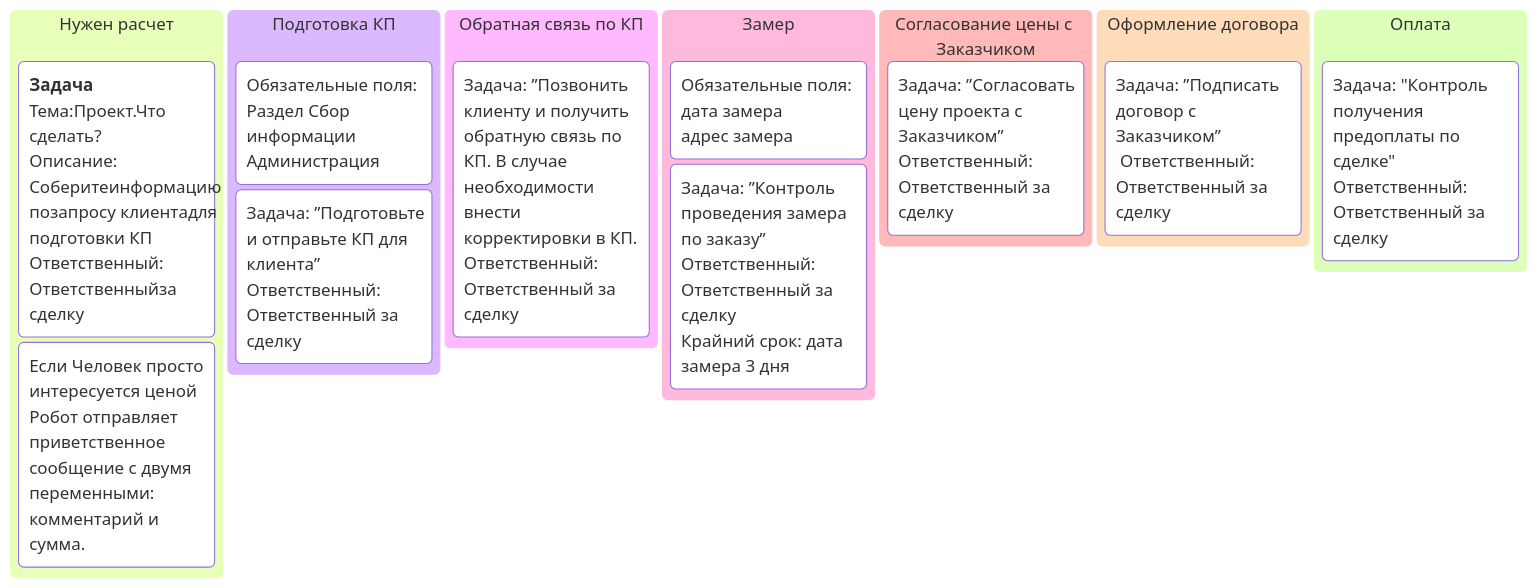
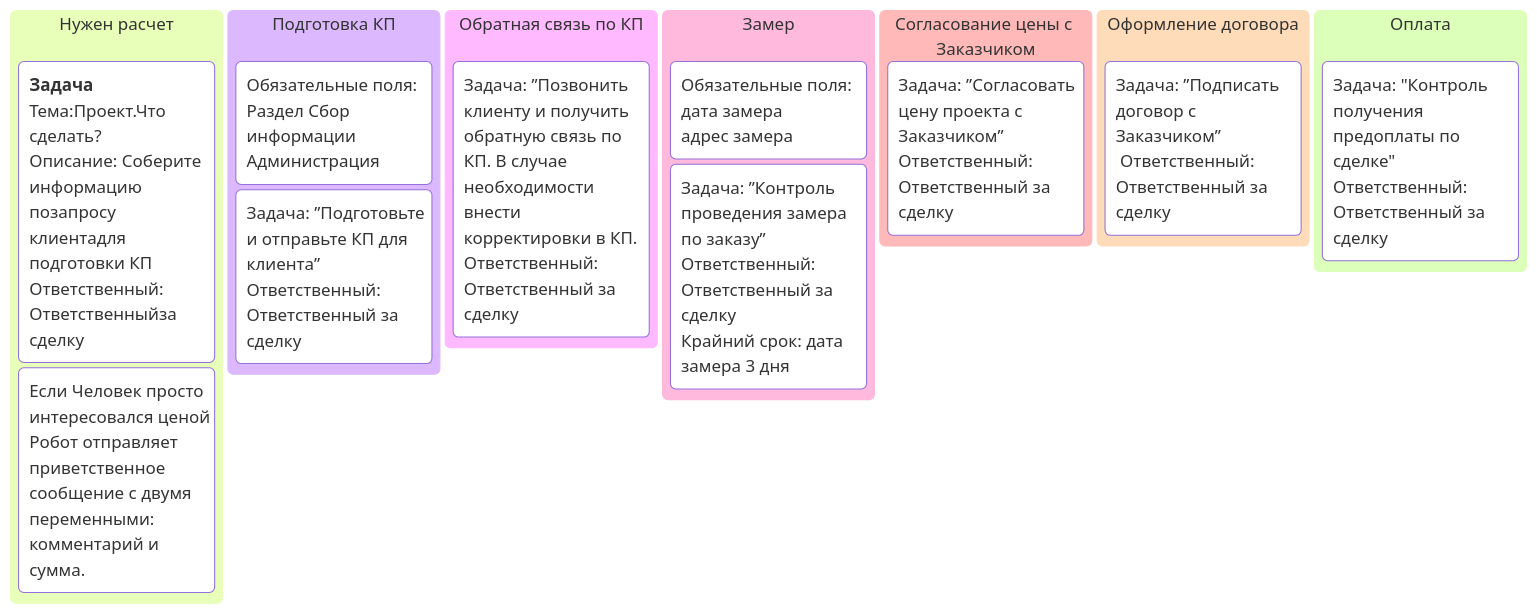
The second of 3 diagrams in content/processing.md (NazarovKI/knowledge), drawn with Mermaid before and after one commit. The commit also changed other lines of this file and 4 other files, not shown here.

````diff
--- a/content/processing.md
+++ b/content/processing.md
@@ -47,21 +36,21 @@
 ```mermaid
 kanban
   column1[Нужен расчет]
-    task1[**Задача**<br>Тема:Проект.Что сделать?<br>Описание: Соберитеинформацию позапросу клиентадля подготовки КП <br>Ответственный: Ответственныйза сделку]
-    task2[Если Человек просто интересуется ценой Робот отправляет приветственное сообщение с двумя переменными: комментарий и сумма. ]
+    task1[**Задача**<br>Тема:Проект.Что сделать?<br>Описание: Соберите информацию позапросу клиентадля подготовки КП <br>Ответственный: Ответственныйза сделку]
+    task2[Если Человек просто интересовался ценой Робот отправляет приветственное сообщение с двумя переменными: комментарий и сумма. ]
   column2[Подготовка КП]
     task1[Обязательные поля:<br>Раздел Сбор информации<br>Администрация]
     task2[Задача: ”Подготовьте и отправьте КП для клиента” Ответственный: Ответственный за сделку]
   column3[Обратная связь по КП]
     task1[Задача: ”Позвонить клиенту и получить обратную связь по КП. В случае необходимости внести
 корректировки в КП. Ответственный: Ответственный за сделку]
   column4[Замер]
     task1[Обязательные поля: <br>дата замера <br>адрес замера]
     task2[Задача: ”Контроль проведения замера по заказу”<br>Ответственный: Ответственный за сделку<br>Крайний срок: дата замера 3 дня]
   column 5[Согласование цены с Заказчиком]
     task1[Задача: ”Согласовать цену проекта с Заказчиком”<br>Ответственный: Ответственный за сделку]
   column6[Оформление договора]
     task1[Задача: ”Подписать договор с Заказчиком”<br> Ответственный: Ответственный за сделку]
   column7[Оплата]
     task1[Задача: "Контроль получения предоплаты по сделке"<br>Ответственный: Ответственный за сделку]
 ```
````
